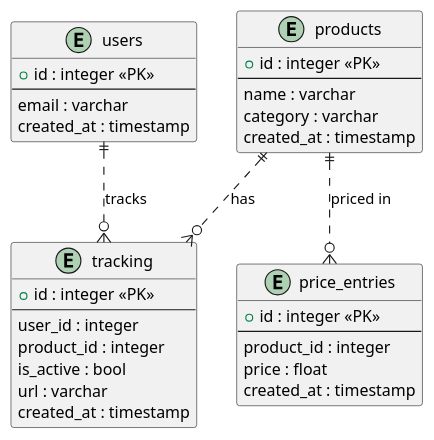
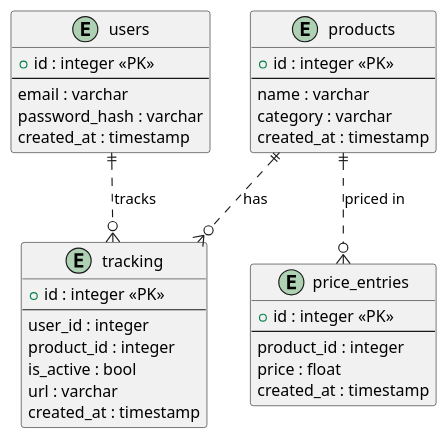
Before and after one commit to TheJokerGun/PriceGoblin: the diagram in uml/pricegoblindatabase.puml, drawn with PlantUML. The commit also changed 3 other files, not shown here.

Commit message:
Update database schema and dependencies: add password_hash to users entity, and include httpx and passlib packages

```diff
--- a/uml/pricegoblindatabase.puml
+++ b/uml/pricegoblindatabase.puml
@@ -1,42 +1,43 @@
 @startuml
 ' Entity Relationship Diagram generated from DBML
 
 entity "users" as users {
   + id : integer <<PK>>
   --
   email : varchar
+  password_hash : varchar
   created_at : timestamp
 }
 
 entity "products" as products {
   + id : integer <<PK>>
   --
   name : varchar
   category : varchar
   created_at : timestamp
 }
 
 entity "tracking" as tracking {
   + id : integer <<PK>>
   --
   user_id : integer
   product_id : integer
   is_active : bool
   url : varchar
   created_at : timestamp
 }
 
 entity "price_entries" as price_entries {
   + id : integer <<PK>>
   --
   product_id : integer
   price : float
   created_at : timestamp
 }
 
 ' Relationships
 users ||..o{ tracking : tracks
 products ||..o{ tracking : has
 products ||..o{ price_entries : priced in
 
 @enduml
```
